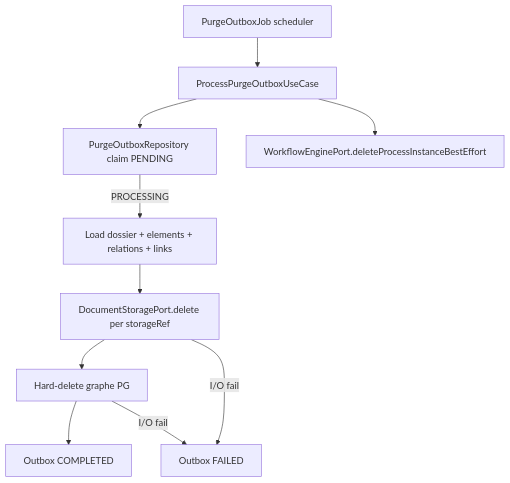
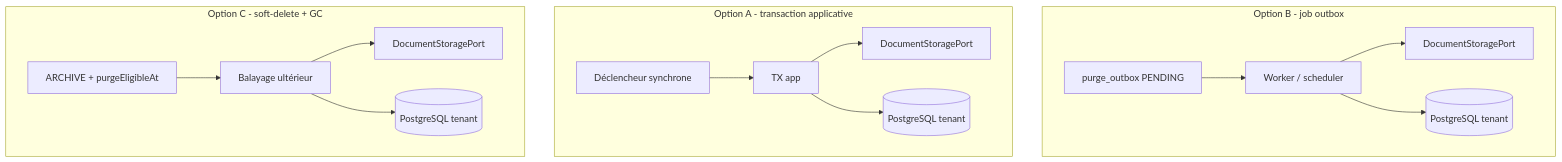
Before and after one commit to superjojo79/Myrmacta: the diagram in docs/ai/design/2026-08-19-feature-purge-stockage.md, drawn with Mermaid. The commit also changed other lines of this file and 6 other files, not shown here.

````diff
--- a/docs/ai/design/2026-08-19-feature-purge-stockage.md
+++ b/docs/ai/design/2026-08-19-feature-purge-stockage.md
@@ -22,12 +23,18 @@
 ```mermaid
 flowchart TD
-  sched[PurgeOutboxJob scheduler] --> uc[ProcessPurgeOutboxUseCase]
-  uc --> claim[PurgeOutboxRepository claim PENDING]
-  claim -->|PROCESSING| load[Load dossier + elements + relations + links]
-  load --> store[DocumentStoragePort.delete per storageRef]
-  store --> pg[Hard-delete graphe PG]
-  pg --> done[Outbox COMPLETED]
-  store -->|I/O fail| fail[Outbox FAILED]
-  pg -->|I/O fail| fail
-  uc --> wf[WorkflowEnginePort.deleteProcessInstanceBestEffort]
+  subgraph optB [Option B - job outbox]
+    ob[purge_outbox PENDING] --> job[Worker / scheduler]
+    job --> storeB[DocumentStoragePort]
+    job --> pgB[(PostgreSQL tenant)]
+  end
+  subgraph optA [Option A - transaction applicative]
+    trigA[Déclencheur synchrone] --> tx[TX app]
+    tx --> storeA[DocumentStoragePort]
+    tx --> pgA[(PostgreSQL tenant)]
+  end
+  subgraph optC [Option C - soft-delete + GC]
+    mark[ARCHIVE + purgeEligibleAt] --> gc[Balayage ultérieur]
+    gc --> storeC[DocumentStoragePort]
+    gc --> pgC[(PostgreSQL tenant)]
+  end
 ```
````
